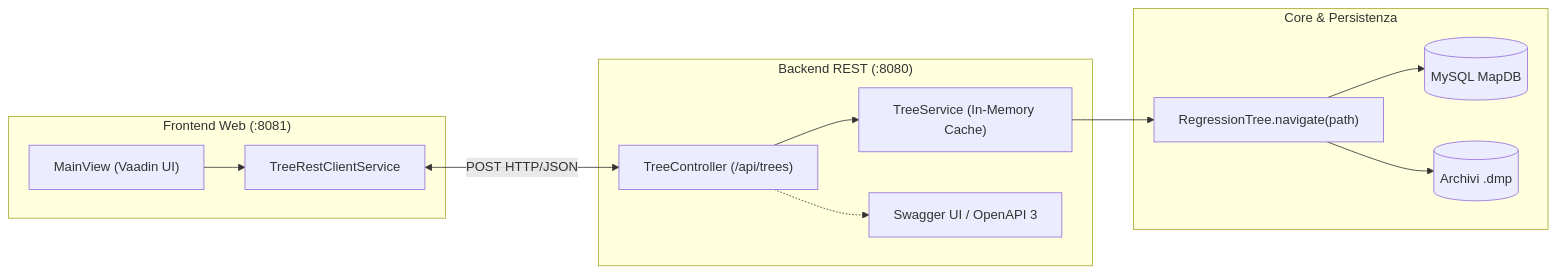
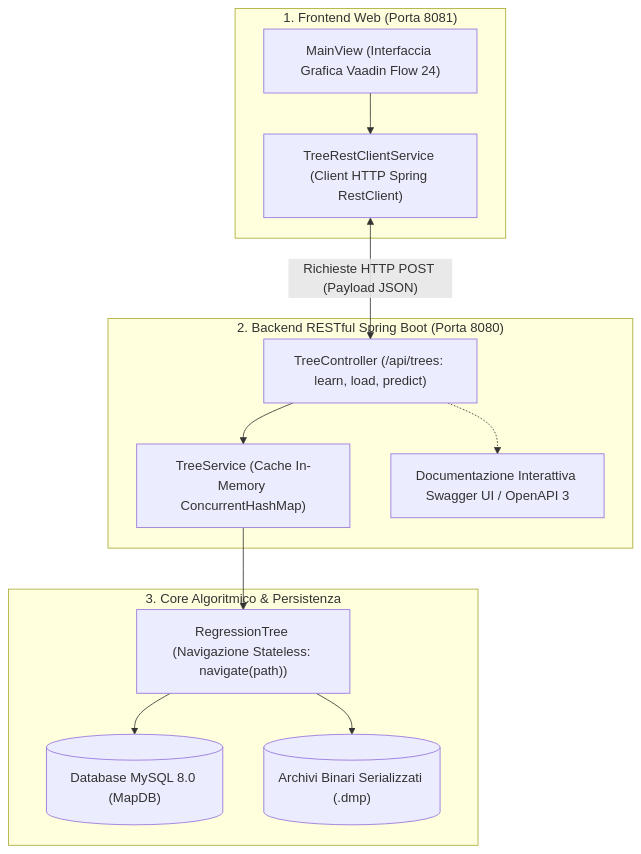
Before and after one commit to MarcoDiana/Albero_di_regressione: the third of 3 diagrams in docs/guida-tecnica.md, drawn with Mermaid. The commit also changed other lines of this file and 6 other files, not shown here.

Commit message:
docs: enlarge and scale mermaid diagrams to full width with larger typography

````diff
--- a/docs/guida-tecnica.md
+++ b/docs/guida-tecnica.md
@@ -156,28 +156,29 @@
 ```mermaid
-graph LR
-    subgraph ClientLayer ["Frontend Web (:8081)"]
-        UI["MainView (Vaadin UI)"]
-        RCS["TreeRestClientService"]
+graph TD
+    subgraph ClientLayer ["1. Frontend Web (Porta 8081)"]
+        UI["MainView (Interfaccia Grafica Vaadin Flow 24)"]
+        RCS["TreeRestClientService (Client HTTP Spring RestClient)"]
         UI --> RCS
     end
 
-    subgraph ServerLayer ["Backend REST (:8080)"]
-        TC["TreeController (/api/trees)"]
-        TS["TreeService (In-Memory Cache)"]
-        SW["Swagger UI / OpenAPI 3"]
+    subgraph ServerLayer ["2. Backend RESTful Spring Boot (Porta 8080)"]
+        TC["TreeController (/api/trees: learn, load, predict)"]
+        TS["TreeService (Cache In-Memory ConcurrentHashMap)"]
+        SW["Documentazione Interattiva Swagger UI / OpenAPI 3"]
         
-        RCS <-->|"POST HTTP/JSON"| TC
         TC --> TS
         TC -.-> SW
     end
 
-    subgraph CoreLayer ["Core & Persistenza"]
-        RT["RegressionTree.navigate(path)"]
-        DB[(MySQL MapDB)]
-        FS[(Archivi .dmp)]
+    subgraph CoreLayer ["3. Core Algoritmico & Persistenza"]
+        RT["RegressionTree (Navigazione Stateless: navigate(path))"]
+        DB[("Database MySQL 8.0 (MapDB)")]
+        FS[("Archivi Binari Serializzati (.dmp)")]
         
         TS --> RT
         RT --> DB
         RT --> FS
     end
+
+    RCS <-->|"Richieste HTTP POST (Payload JSON)"| TC
 ```
````
